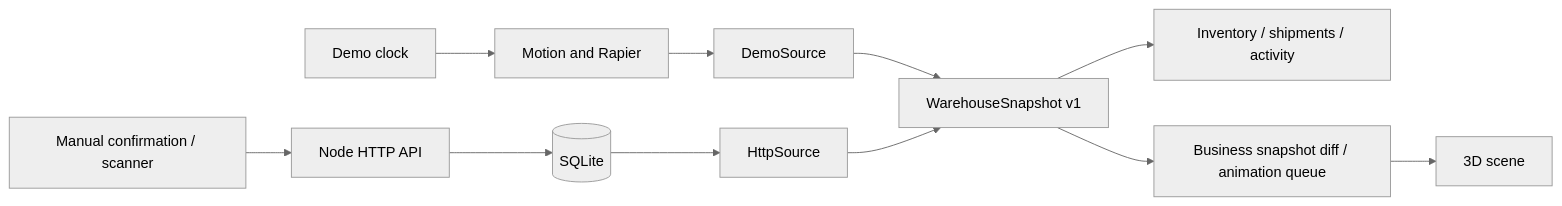
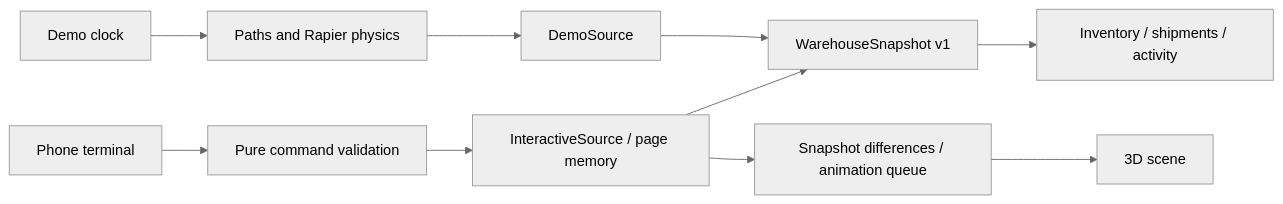
One commit to workbzw/plantbox changed the diagram in docs/architecture.en.md. Above: the diagram before and after it, drawn with Mermaid (neutral theme). The commit also changed other lines of this file and 17 other files, not shown here.

Commit message:
feat: run operations workspace as a browser-only interactive demo

````diff
--- a/docs/architecture.en.md
+++ b/docs/architecture.en.md
@@ -12,13 +14,12 @@
 ```mermaid
 flowchart LR
-    Clock[Demo clock] --> Physics[Motion and Rapier]
+    Clock[Demo clock] --> Physics[Paths and Rapier physics]
     Physics --> Demo[DemoSource]
-    Operator[Manual confirmation / scanner] --> API[Node HTTP API]
-    API --> DB[(SQLite)]
-    DB --> HTTP[HttpSource]
+    Operator[Phone terminal] --> Rules[Pure command validation]
+    Rules --> Interactive[InteractiveSource / page memory]
     Demo --> Snapshot[WarehouseSnapshot v1]
-    HTTP --> Snapshot
+    Interactive --> Snapshot
     Snapshot --> Pages[Inventory / shipments / activity]
-    Snapshot --> Playback[Business snapshot diff / animation queue]
+    Interactive --> Playback[Snapshot differences / animation queue]
     Playback --> Scene[3D scene]
 ```
````
